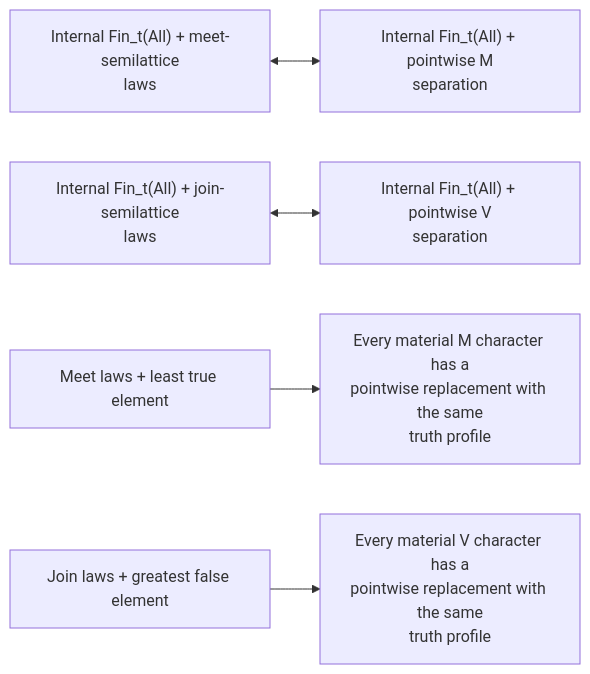
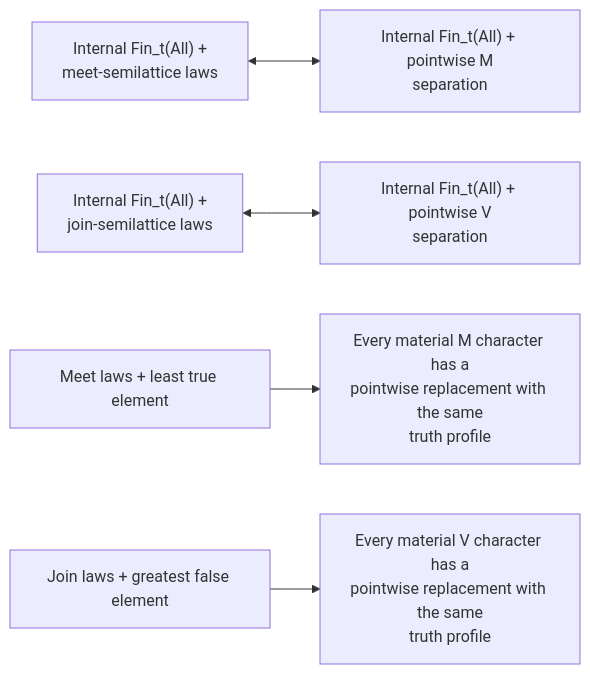
The seventh of 27 diagrams in submissions/classicism-results-2026-10-23-v1/proofs/h-observer-space/GRAPH.md (dkodsi/Logical-Maps), drawn with Mermaid before and after one commit. The commit also changed other lines of this file and 59 other files, not shown here.

````diff
--- a/submissions/classicism-results-2026-10-23-v1/proofs/h-observer-space/GRAPH.md
+++ b/submissions/classicism-results-2026-10-23-v1/proofs/h-observer-space/GRAPH.md
@@ -131,7 +142,7 @@
 ```mermaid
 flowchart LR
-    FinMeet["Internal Fin_t(All) + meet-semilattice<br/>laws"] <--> FinPoint["Internal Fin_t(All) + pointwise M<br/>separation"]
-    FinJoin["Internal Fin_t(All) + join-semilattice<br/>laws"] <--> FinV["Internal Fin_t(All) + pointwise V<br/>separation"]
+    FinMeet["Internal Fin_t(All) +<br/>meet-semilattice laws"] <--> FinPoint["Internal Fin_t(All) + pointwise M<br/>separation"]
+    FinJoin["Internal Fin_t(All) +<br/>join-semilattice laws"] <--> FinV["Internal Fin_t(All) + pointwise V<br/>separation"]
     TruthMin["Meet laws + least true element"] --> NormM["Every material M character has a<br/>pointwise replacement with the same<br/>truth profile"]
     FalseMax["Join laws + greatest false element"] --> NormV["Every material V character has a<br/>pointwise replacement with the same<br/>truth profile"]
 ```
````
